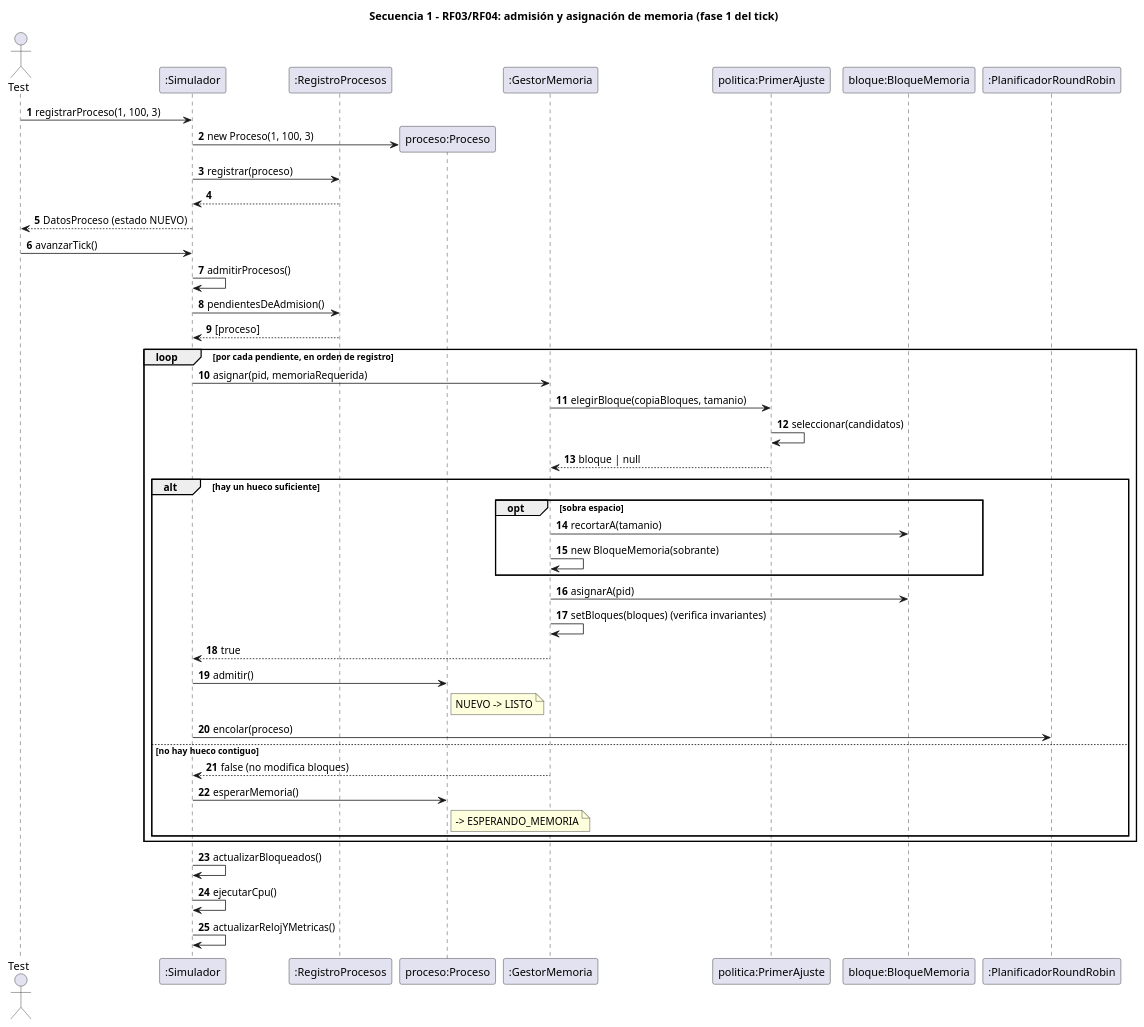
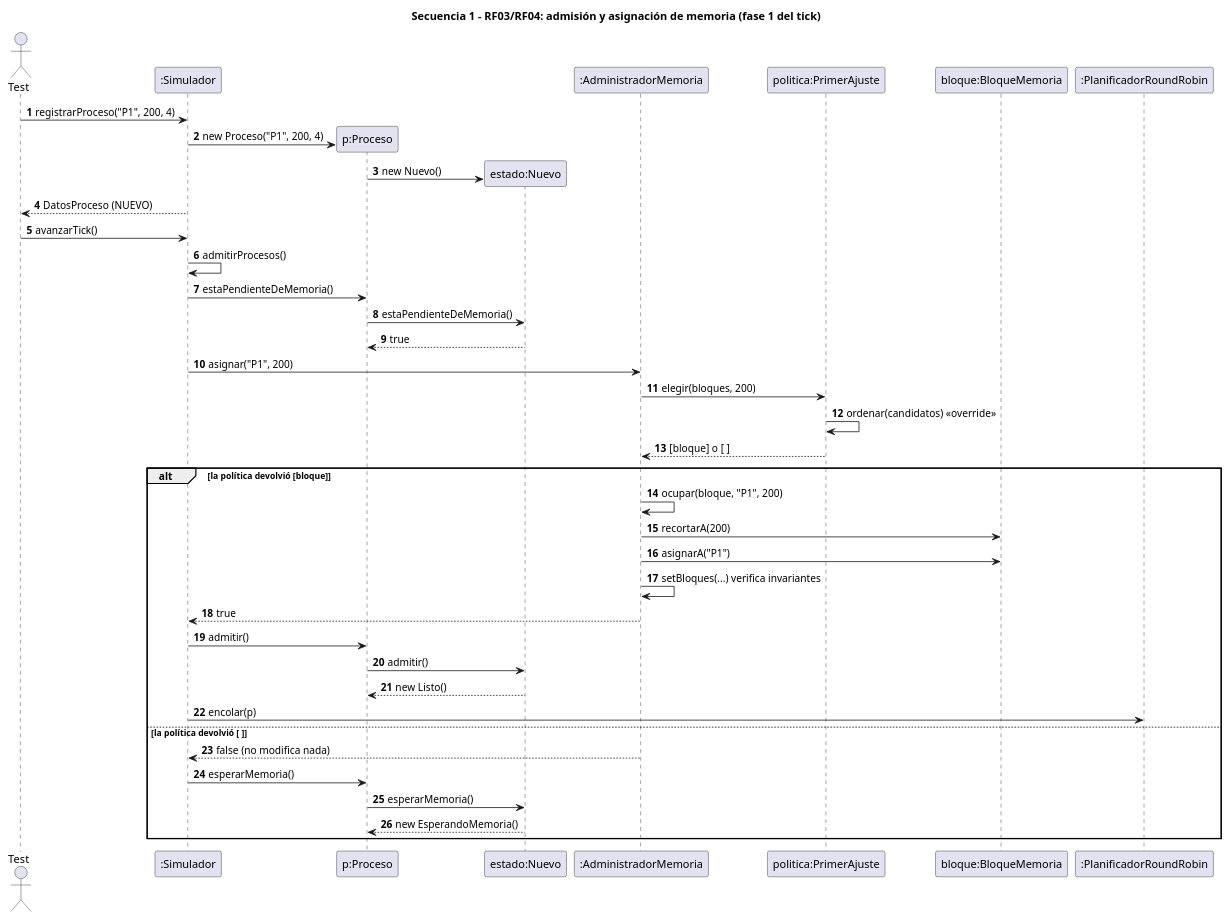
Before and after one commit to Nicanor-max/MemoriaPOO2.0: the diagram in docs/diagramas/secuencia-1-admision-memoria.puml, drawn with PlantUML. The commit also changed 69 other files, not shown here.

```diff
--- a/docs/diagramas/secuencia-1-admision-memoria.puml
+++ b/docs/diagramas/secuencia-1-admision-memoria.puml
@@ -1,48 +1,43 @@
 @startuml secuencia-1-admision-memoria
 title Secuencia 1 - RF03/RF04: admisión y asignación de memoria (fase 1 del tick)
 autonumber
 actor Test
 participant ":Simulador" as S
-participant ":RegistroProcesos" as R
-participant "proceso:Proceso" as P
-participant ":GestorMemoria" as M
+participant "p:Proceso" as P
+participant "estado:Nuevo" as E
+participant ":AdministradorMemoria" as M
 participant "politica:PrimerAjuste" as POL
 participant "bloque:BloqueMemoria" as B
 participant ":PlanificadorRoundRobin" as PL
 
-Test -> S : registrarProceso(1, 100, 3)
-S -> P ** : new Proceso(1, 100, 3)
-S -> R : registrar(proceso)
-R --> S
-S --> Test : DatosProceso (estado NUEVO)
+Test -> S : registrarProceso("P1", 200, 4)
+S -> P ** : new Proceso("P1", 200, 4)
+P -> E ** : new Nuevo()
+S --> Test : DatosProceso (NUEVO)
 
 Test -> S : avanzarTick()
 S -> S : admitirProcesos()
-S -> R : pendientesDeAdmision()
-R --> S : [proceso]
-loop por cada pendiente, en orden de registro
-  S -> M : asignar(pid, memoriaRequerida)
-  M -> POL : elegirBloque(copiaBloques, tamanio)
-  POL -> POL : seleccionar(candidatos)
-  POL --> M : bloque | null
-  alt hay un hueco suficiente
-    opt sobra espacio
-      M -> B : recortarA(tamanio)
-      M -> M : new BloqueMemoria(sobrante)
-    end
-    M -> B : asignarA(pid)
-    M -> M : setBloques(bloques) (verifica invariantes)
-    M --> S : true
-    S -> P : admitir()
-    note right of P : NUEVO -> LISTO
-    S -> PL : encolar(proceso)
-  else no hay hueco contiguo
-    M --> S : false (no modifica bloques)
-    S -> P : esperarMemoria()
-    note right of P : -> ESPERANDO_MEMORIA
-  end
+S -> P : estaPendienteDeMemoria()
+P -> E : estaPendienteDeMemoria()
+E --> P : true
+S -> M : asignar("P1", 200)
+M -> POL : elegir(bloques, 200)
+POL -> POL : ordenar(candidatos) <<override>>
+POL --> M : [bloque] o [ ]
+alt la política devolvió [bloque]
+  M -> M : ocupar(bloque, "P1", 200)
+  M -> B : recortarA(200)
+  M -> B : asignarA("P1")
+  M -> M : setBloques(...) verifica invariantes
+  M --> S : true
+  S -> P : admitir()
+  P -> E : admitir()
+  E --> P : new Listo()
+  S -> PL : encolar(p)
+else la política devolvió [ ]
+  M --> S : false (no modifica nada)
+  S -> P : esperarMemoria()
+  P -> E : esperarMemoria()
+  E --> P : new EsperandoMemoria()
 end
-S -> S : actualizarBloqueados()
-S -> S : ejecutarCpu()
-S -> S : actualizarRelojYMetricas()
 @enduml
```
